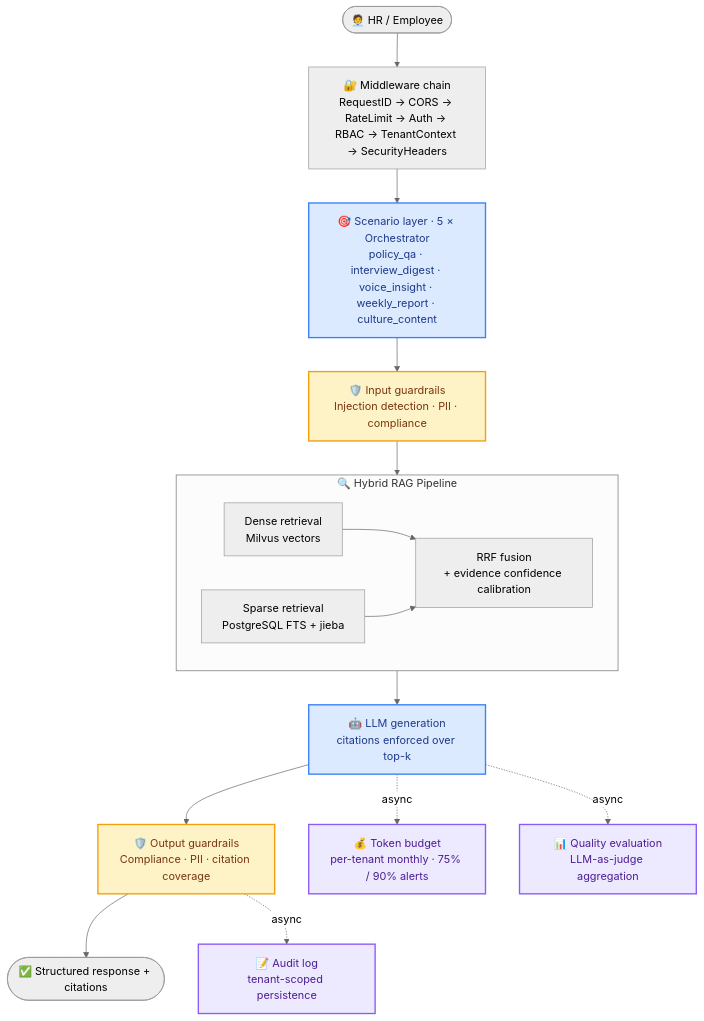
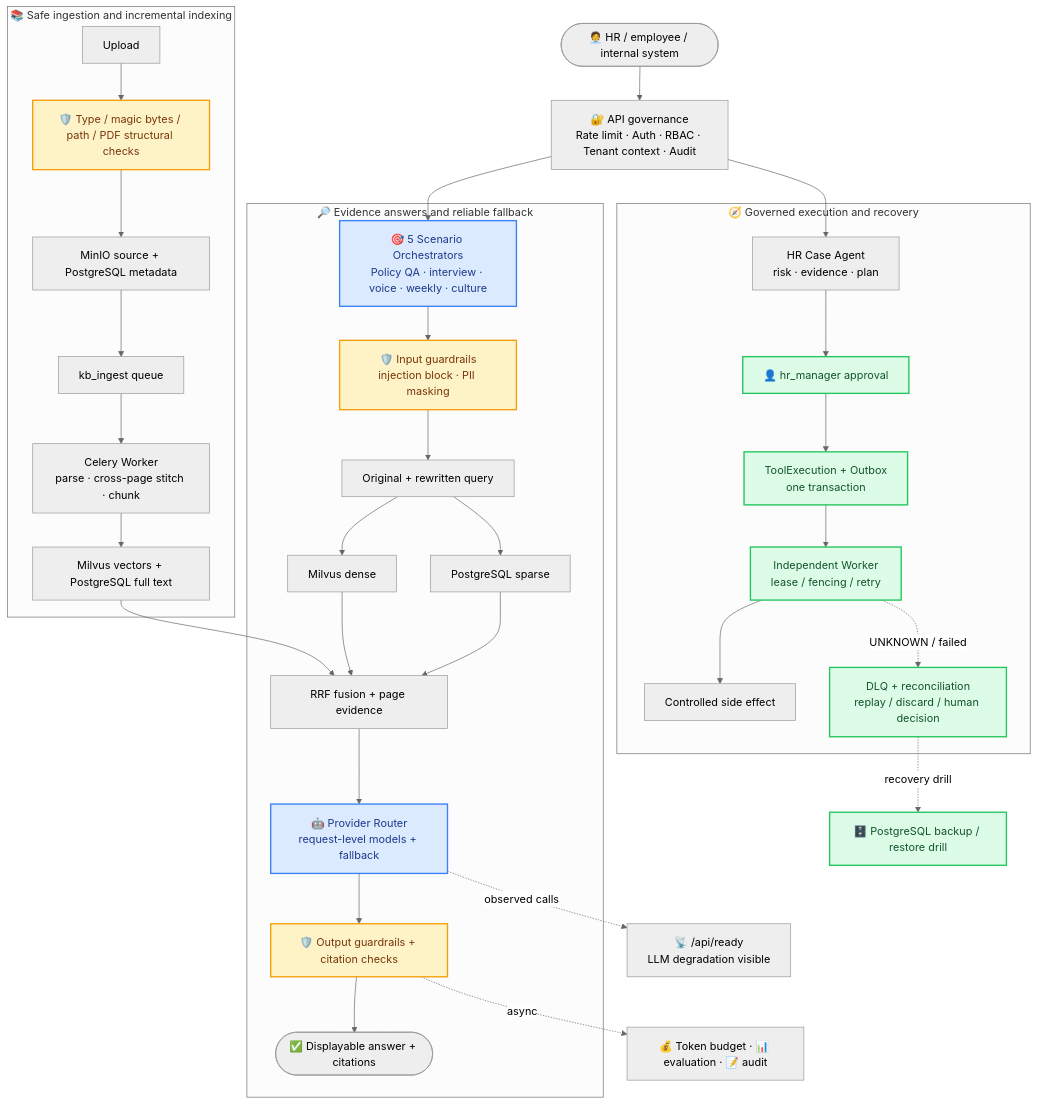
The diagram in README_en.md (kayon0209/hrbpilot), drawn with Mermaid (neutral theme) before and after one commit. The commit also changed other lines of this file and 3 other files, not shown here.

Commit message:
docs(readme): refresh product narrative and architecture visuals

````diff
--- a/README_en.md
+++ b/README_en.md
@@ -120,34 +127,46 @@
 ```mermaid
 flowchart TB
-    Client(["🧑‍💼 HR / Employee"]) --> MW
+    Client(["🧑‍💼 HR / employee / internal system"]) --> Gateway
+    Gateway["🔐 API governance<br/>Rate limit · Auth · RBAC · Tenant context · Audit"] --> Scenarios
+    Gateway --> CaseAgent
 
-    MW["🔐 Middleware chain<br/>RequestID → CORS → RateLimit → Auth → RBAC → TenantContext → SecurityHeaders"]
-    MW --> Orch
-
-    Orch["🎯 Scenario layer · 5 × Orchestrator<br/>policy_qa · interview_digest · voice_insight · weekly_report · culture_content"]
-    Orch --> InGuard
-
-    InGuard["🛡️ Input guardrails<br/>Injection detection · PII · compliance"]
-    InGuard --> RAG
-
-    subgraph RAG["🔍 Hybrid RAG Pipeline"]
-        direction LR
-        Dense["Dense retrieval<br/>Milvus vectors"] --> RRF["RRF fusion<br/>+ evidence confidence calibration"]
-        Sparse["Sparse retrieval<br/>PostgreSQL FTS + jieba"] --> RRF
+    subgraph Knowledge["📚 Safe ingestion and incremental indexing"]
+        Upload["Upload"] --> UploadGuard["🛡️ Type / magic bytes / path / PDF structural checks"]
+        UploadGuard --> Source["MinIO source + PostgreSQL metadata"]
+        Source --> IngestQueue["kb_ingest queue"]
+        IngestQueue --> IngestWorker["Celery Worker<br/>parse · cross-page stitch · chunk"]
+        IngestWorker --> Index["Milvus vectors + PostgreSQL full text"]
     end
 
-    RAG --> LLM["🤖 LLM generation<br/>citations enforced over top-k"]
-    LLM --> OutGuard["🛡️ Output guardrails<br/>Compliance · PII · citation coverage"]
-    OutGuard --> Resp(["✅ Structured response + citations"])
+    subgraph Answer["🔎 Evidence answers and reliable fallback"]
+        Scenarios["🎯 5 Scenario Orchestrators<br/>Policy QA · interview · voice · weekly · culture"] --> InGuard["🛡️ Input guardrails<br/>injection block · PII masking"]
+        InGuard --> Variants["Original + rewritten query"]
+        Variants --> Dense["Milvus dense"]
+        Variants --> Sparse["PostgreSQL sparse"]
+        Dense --> Fusion["RRF fusion + page evidence"]
+        Sparse --> Fusion
+        Fusion --> Router["🤖 Provider Router<br/>request-level models + fallback"]
+        Router --> OutGuard["🛡️ Output guardrails + citation checks"]
+        OutGuard --> Response(["✅ Displayable answer + citations"])
+    end
 
-    LLM -. async .-> Budget["💰 Token budget<br/>per-tenant monthly · 75% / 90% alerts"]
-    LLM -. async .-> Eval["📊 Quality evaluation<br/>LLM-as-judge aggregation"]
-    OutGuard -. async .-> Audit["📝 Audit log<br/>tenant-scoped persistence"]
+    subgraph Execution["🧭 Governed execution and recovery"]
+        CaseAgent["HR Case Agent<br/>risk · evidence · plan"] --> Approval["👤 hr_manager approval"]
+        Approval --> Outbox["ToolExecution + Outbox<br/>one transaction"]
+        Outbox --> OutboxWorker["Independent Worker<br/>lease / fencing / retry"]
+        OutboxWorker --> Effect["Controlled side effect"]
+        OutboxWorker -. UNKNOWN / failed .-> Ops["DLQ + reconciliation<br/>replay / discard / human decision"]
+    end
+
+    Index --> Fusion
+    Router -. observed calls .-> Ready["📡 /api/ready<br/>LLM degradation visible"]
+    OutGuard -. async .-> Governance["💰 Token budget · 📊 evaluation · 📝 audit"]
+    Ops -. recovery drill .-> Backup["🗄️ PostgreSQL backup / restore drill"]
 
     classDef guard fill:#fef3c7,stroke:#f59e0b,stroke-width:2px,color:#78350f
-    classDef gov fill:#ede9fe,stroke:#8b5cf6,stroke-width:2px,color:#4c1d95
     classDef core fill:#dbeafe,stroke:#3b82f6,stroke-width:2px,color:#1e3a8a
-    class InGuard,OutGuard guard
-    class Budget,Eval,Audit gov
-    class Orch,LLM core
+    classDef ops fill:#dcfce7,stroke:#22c55e,stroke-width:2px,color:#14532d
+    class UploadGuard,InGuard,OutGuard guard
+    class Scenarios,Router core
+    class Approval,Outbox,OutboxWorker,Ops,Backup ops
 ```
````
